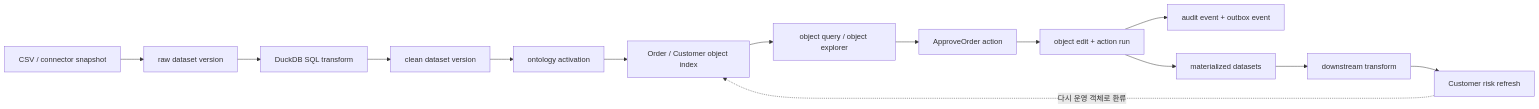
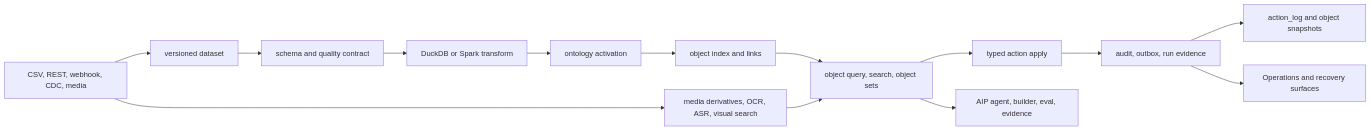
Before and after one commit to ludia8888/foundry-lite: the diagram in README.md, drawn with Mermaid. The commit also changed other lines of this file, not shown here.

Commit message:
docs: refresh README for current product state

````diff
--- a/README.md
+++ b/README.md
@@ -119,16 +66,16 @@
 ```mermaid
 flowchart LR
-    A["CSV / connector snapshot"] --> B["raw dataset version"]
-    B --> C["DuckDB SQL transform"]
-    C --> D["clean dataset version"]
-    D --> E["ontology activation"]
-    E --> F["Order / Customer object index"]
-    F --> G["object query / object explorer"]
-    G --> H["ApproveOrder action"]
-    H --> I["object edit + action run"]
-    I --> J["audit event + outbox event"]
-    I --> K["materialized datasets"]
-    K --> L["downstream transform"]
-    L --> M["Customer risk refresh"]
-    M -. "다시 운영 객체로 환류" .-> F
+    Source["CSV, REST, webhook, CDC, media"] --> Dataset["versioned dataset"]
+    Dataset --> Quality["schema and quality contract"]
+    Quality --> Transform["DuckDB or Spark transform"]
+    Transform --> Ontology["ontology activation"]
+    Ontology --> ObjectIndex["object index and links"]
+    ObjectIndex --> Query["object query, search, object sets"]
+    Query --> Action["typed action apply"]
+    Action --> Runtime["audit, outbox, run evidence"]
+    Runtime --> Materialization["action_log and object snapshots"]
+    Runtime --> Operations["Operations and recovery surfaces"]
+    Query --> AIP["AIP agent, builder, eval, evidence"]
+    Source --> Media["media derivatives, OCR, ASR, visual search"]
+    Media --> Query
 ```
````
